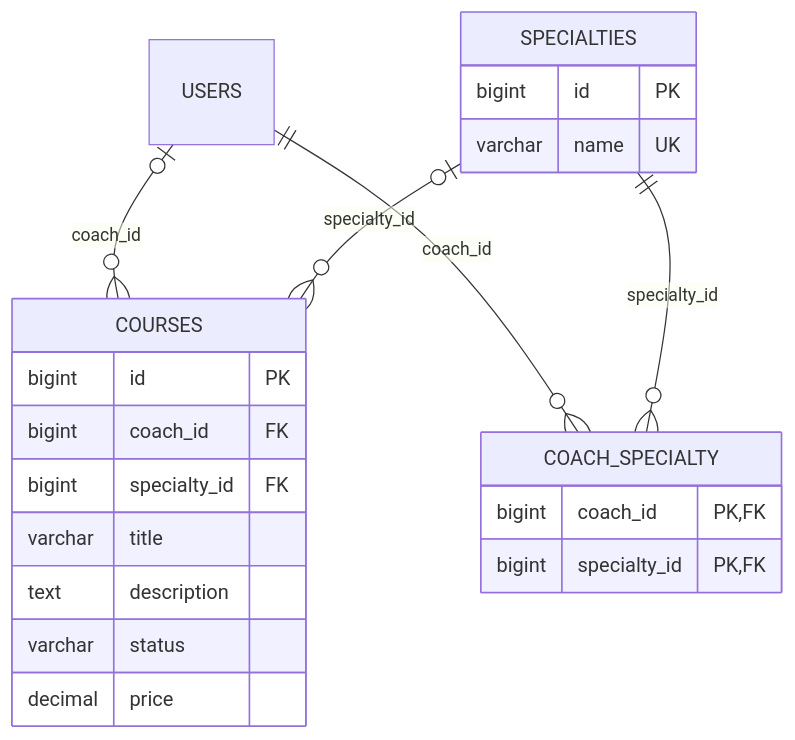
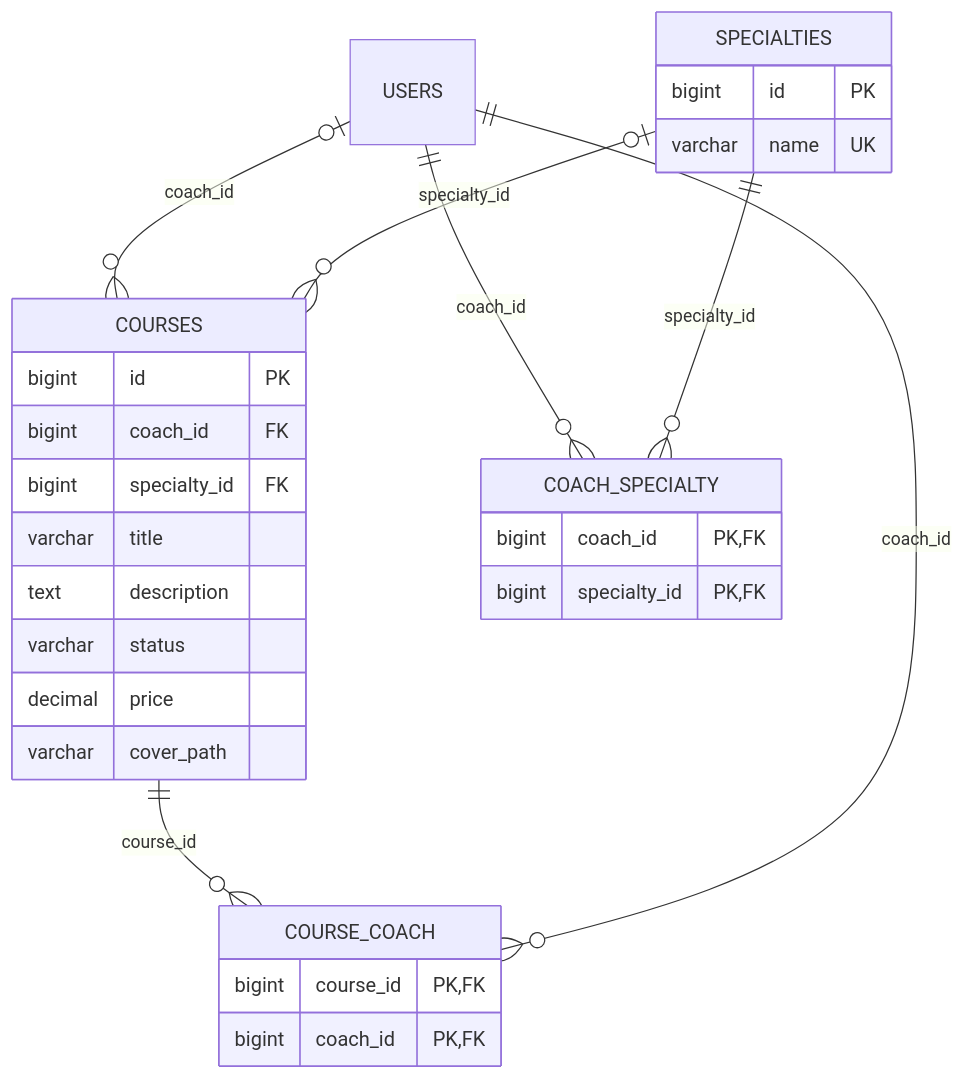
One commit to Fokjobok/dawtfg changed the diagram in docs/COURSE_DATA_MODEL.md. Above: the diagram before and after it, drawn with Mermaid. The commit also changed other lines of this file and 43 other files, not shown here.

````diff
--- a/docs/COURSE_DATA_MODEL.md
+++ b/docs/COURSE_DATA_MODEL.md
@@ -26,24 +29,31 @@
 ```mermaid
 erDiagram
     USERS o|--o{ COURSES : coach_id
     SPECIALTIES o|--o{ COURSES : specialty_id
     USERS ||--o{ COACH_SPECIALTY : coach_id
     SPECIALTIES ||--o{ COACH_SPECIALTY : specialty_id
+    COURSES ||--o{ COURSE_COACH : course_id
+    USERS ||--o{ COURSE_COACH : coach_id
     COURSES {
         bigint id PK
         bigint coach_id FK
         bigint specialty_id FK
         varchar title
         text description
         varchar status
         decimal price
+        varchar cover_path
     }
     SPECIALTIES {
         bigint id PK
         varchar name UK
     }
     COACH_SPECIALTY {
         bigint coach_id PK,FK
         bigint specialty_id PK,FK
     }
+    COURSE_COACH {
+        bigint course_id PK,FK
+        bigint coach_id PK,FK
+    }
 ```
````
